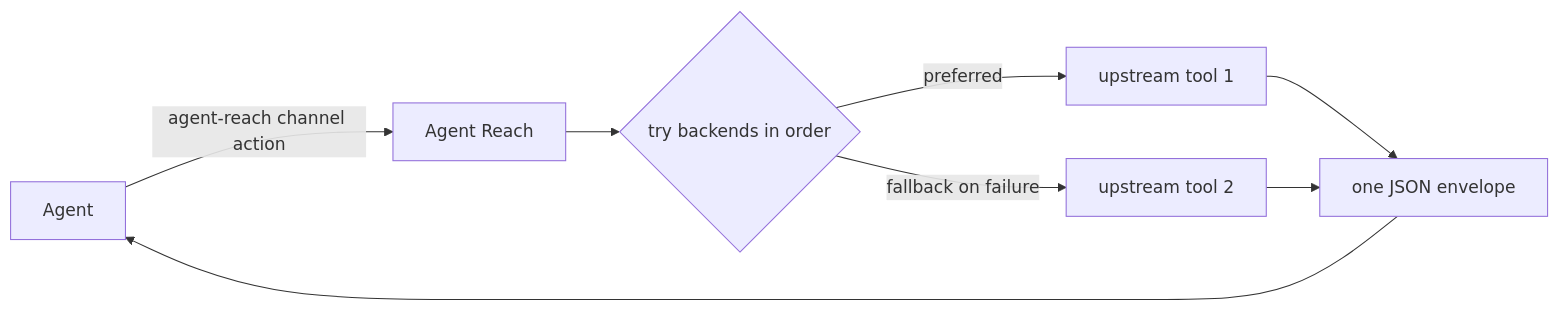
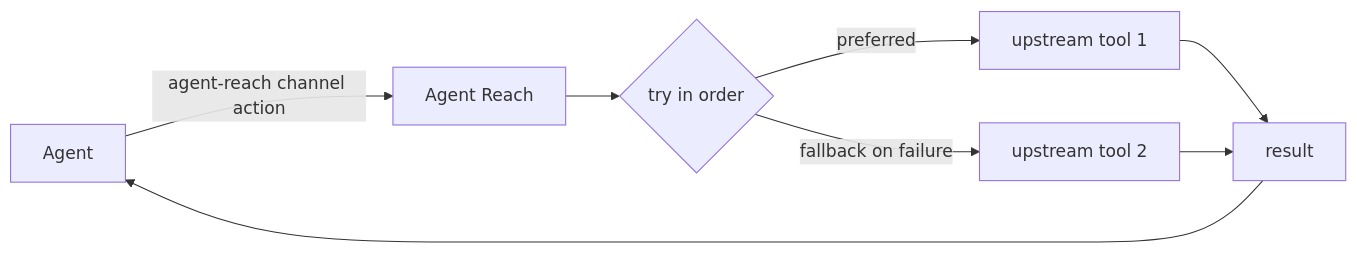
One commit to 2519286794-commits/Agent-Reach changed the diagram in docs/README_en.md. Above: the diagram before and after it, drawn with Mermaid. The commit also changed other lines of this file and 4 other files, not shown here.

````diff
--- a/docs/README_en.md
+++ b/docs/README_en.md
@@ -147,10 +175,10 @@
 ```mermaid
 flowchart LR
     A[Agent] -->|agent-reach channel action| B[Agent Reach]
-    B --> C{try backends in order}
+    B --> C{try in order}
     C -->|preferred| D[upstream tool 1]
     C -->|fallback on failure| E[upstream tool 2]
-    D --> F[one JSON envelope]
+    D --> F[result]
     E --> F
     F --> A
 ```
````
